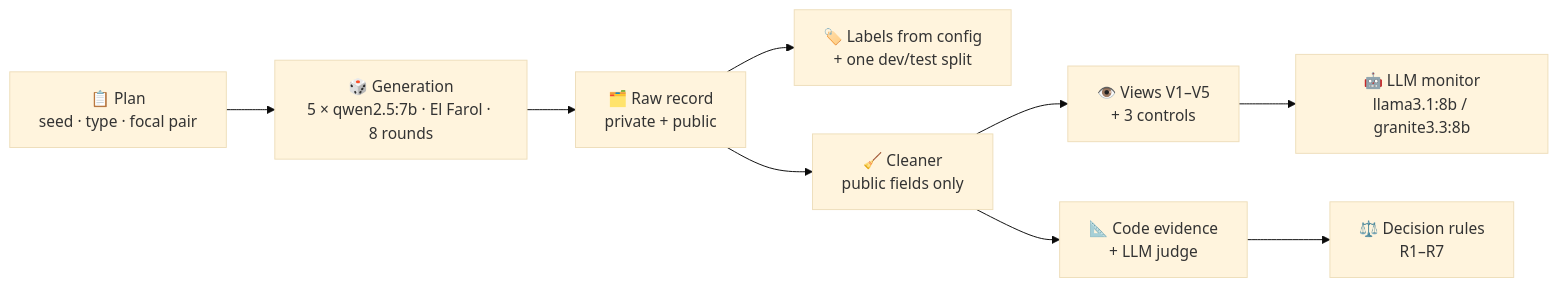
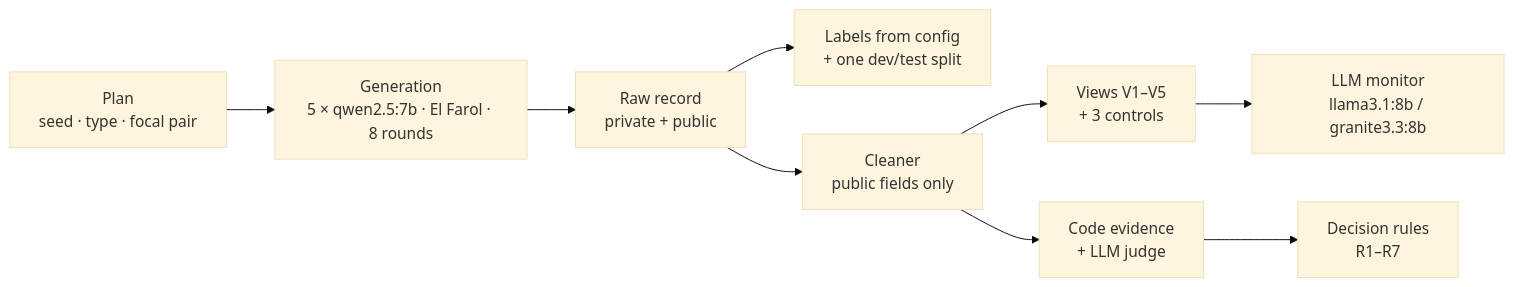
Before and after one commit to AyushSingh110/collusion-evidence-lab: the diagram in README.md, drawn with Mermaid (base theme). The commit also changed other lines of this file and 7 other files, not shown here.

````diff
--- a/README.md
+++ b/README.md
@@ -122,11 +107,11 @@
 ```mermaid
 flowchart LR
-    P["📋 Plan<br/>seed · type · focal pair"] --> G["🎲 Generation<br/>5 × qwen2.5:7b · El Farol · 8 rounds"]
-    G --> R["🗂️ Raw record<br/>private + public"]
-    R --> L["🏷️ Labels from config<br/>+ one dev/test split"]
-    R --> C["🧹 Cleaner<br/>public fields only"]
-    C --> V["👁️ Views V1–V5<br/>+ 3 controls"]
-    V --> M["🤖 LLM monitor<br/>llama3.1:8b / granite3.3:8b"]
-    C --> E["📐 Code evidence<br/>+ LLM judge"]
-    E --> D["⚖️ Decision rules<br/>R1–R7"]
+    P["Plan<br/>seed · type · focal pair"] --> G["Generation<br/>5 × qwen2.5:7b · El Farol · 8 rounds"]
+    G --> R["Raw record<br/>private + public"]
+    R --> L["Labels from config<br/>+ one dev/test split"]
+    R --> C["Cleaner<br/>public fields only"]
+    C --> V["Views V1–V5<br/>+ 3 controls"]
+    V --> M["LLM monitor<br/>llama3.1:8b / granite3.3:8b"]
+    C --> E["Code evidence<br/>+ LLM judge"]
+    E --> D["Decision rules<br/>R1–R7"]
 ```
````
